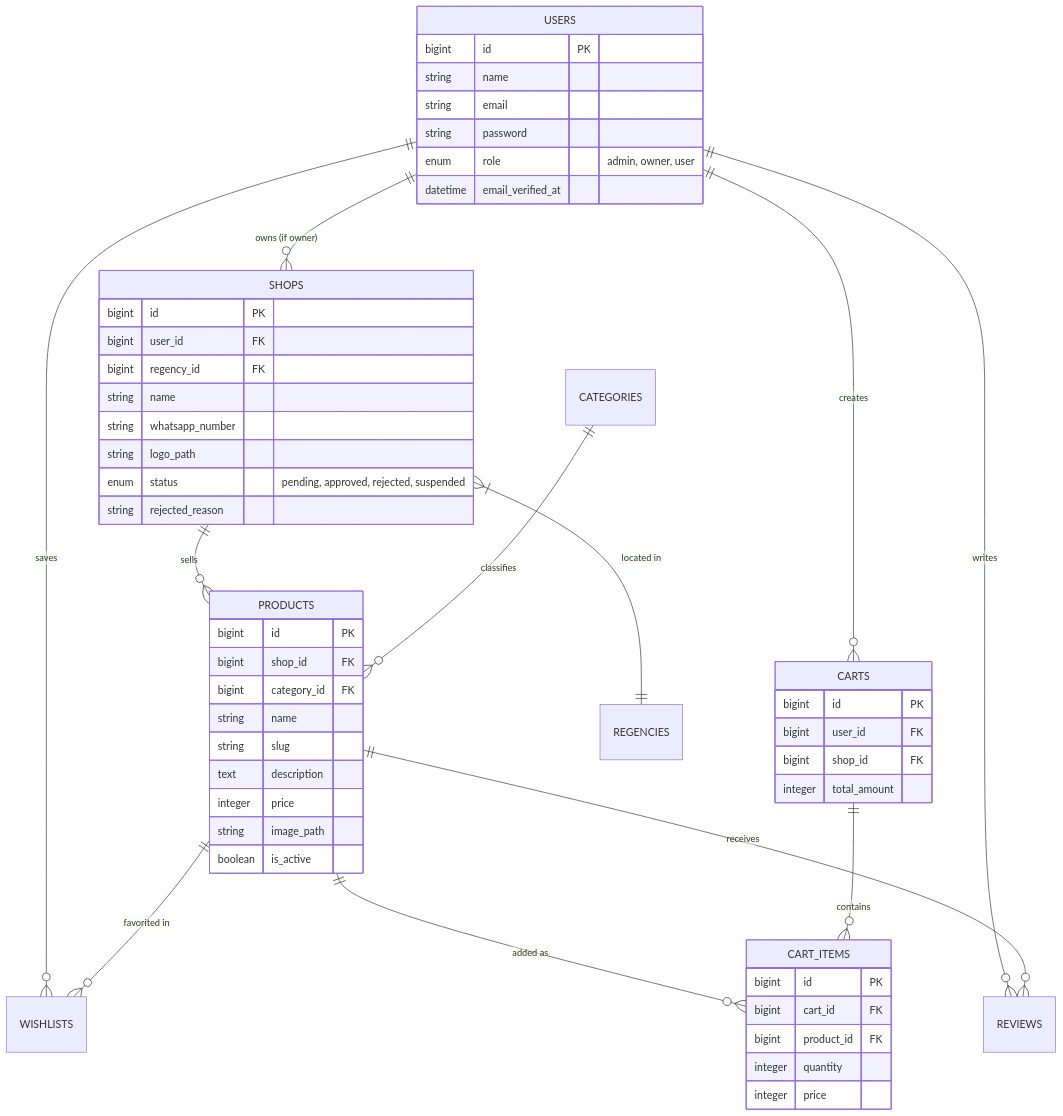
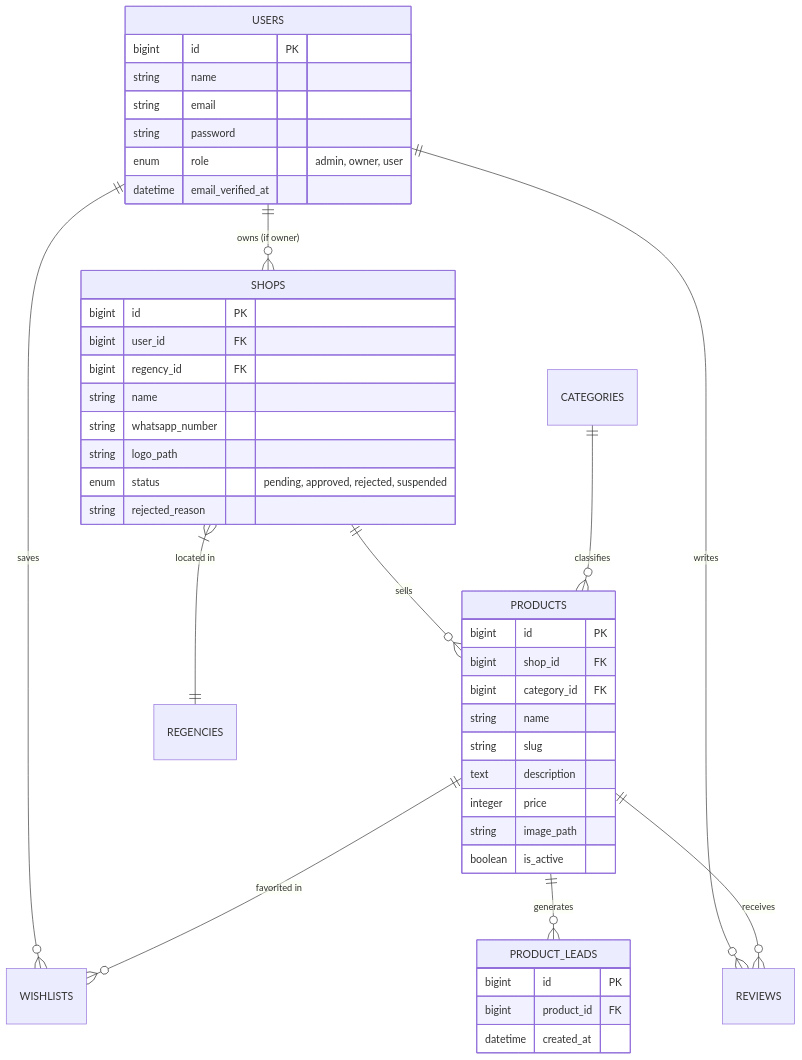
Before and after one commit to Vraken9/Floramart: the diagram in README.md, drawn with Mermaid. The commit also changed other lines of this file, not shown here.

Commit message:
docs: remove obsolete cart feature and emojis from README

````diff
--- a/README.md
+++ b/README.md
@@ -47,65 +46,53 @@
 ```mermaid
 erDiagram
     USERS ||--o{ SHOPS : "owns (if owner)"
     USERS ||--o{ WISHLISTS : "saves"
-    USERS ||--o{ CARTS : "creates"
     USERS ||--o{ REVIEWS : "writes"
     
     SHOPS ||--o{ PRODUCTS : "sells"
     SHOPS }|--|| REGENCIES : "located in"
     
     CATEGORIES ||--o{ PRODUCTS : "classifies"
     
     PRODUCTS ||--o{ WISHLISTS : "favorited in"
-    PRODUCTS ||--o{ CART_ITEMS : "added as"
+    PRODUCTS ||--o{ PRODUCT_LEADS : "generates"
     PRODUCTS ||--o{ REVIEWS : "receives"
-    
-    CARTS ||--o{ CART_ITEMS : "contains"
     
     USERS {
         bigint id PK
         string name
         string email
         string password
         enum role "admin, owner, user"
         datetime email_verified_at
     }
     
     SHOPS {
         bigint id PK
         bigint user_id FK
         bigint regency_id FK
         string name
         string whatsapp_number
         string logo_path
         enum status "pending, approved, rejected, suspended"
         string rejected_reason
     }
     
     PRODUCTS {
         bigint id PK
         bigint shop_id FK
         bigint category_id FK
         string name
         string slug
         text description
         integer price
         string image_path
         boolean is_active
     }
     
-    CARTS {
+    PRODUCT_LEADS {
         bigint id PK
-        bigint user_id FK
-        bigint shop_id FK
-        integer total_amount
-    }
-    
-    CART_ITEMS {
-        bigint id PK
-        bigint cart_id FK
         bigint product_id FK
-        integer quantity
-        integer price
+        datetime created_at
     }
 ```
````
